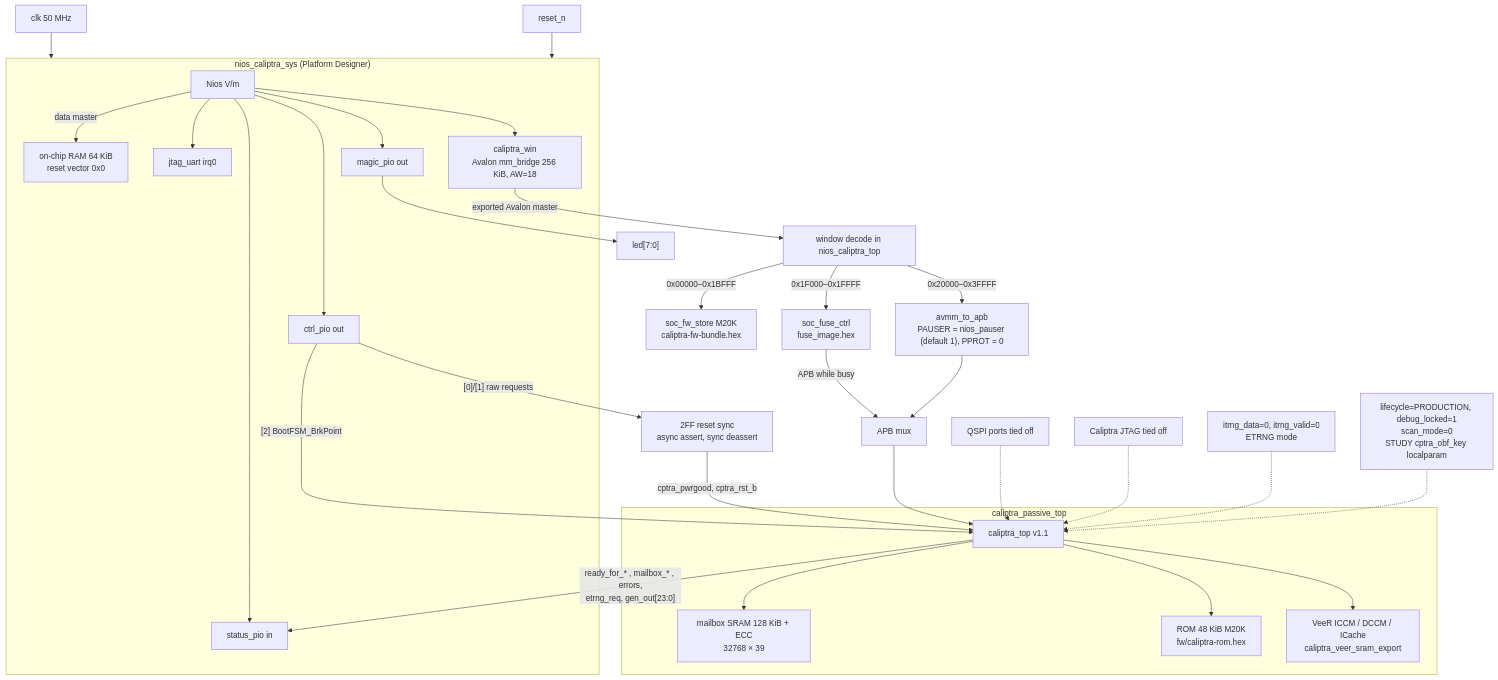
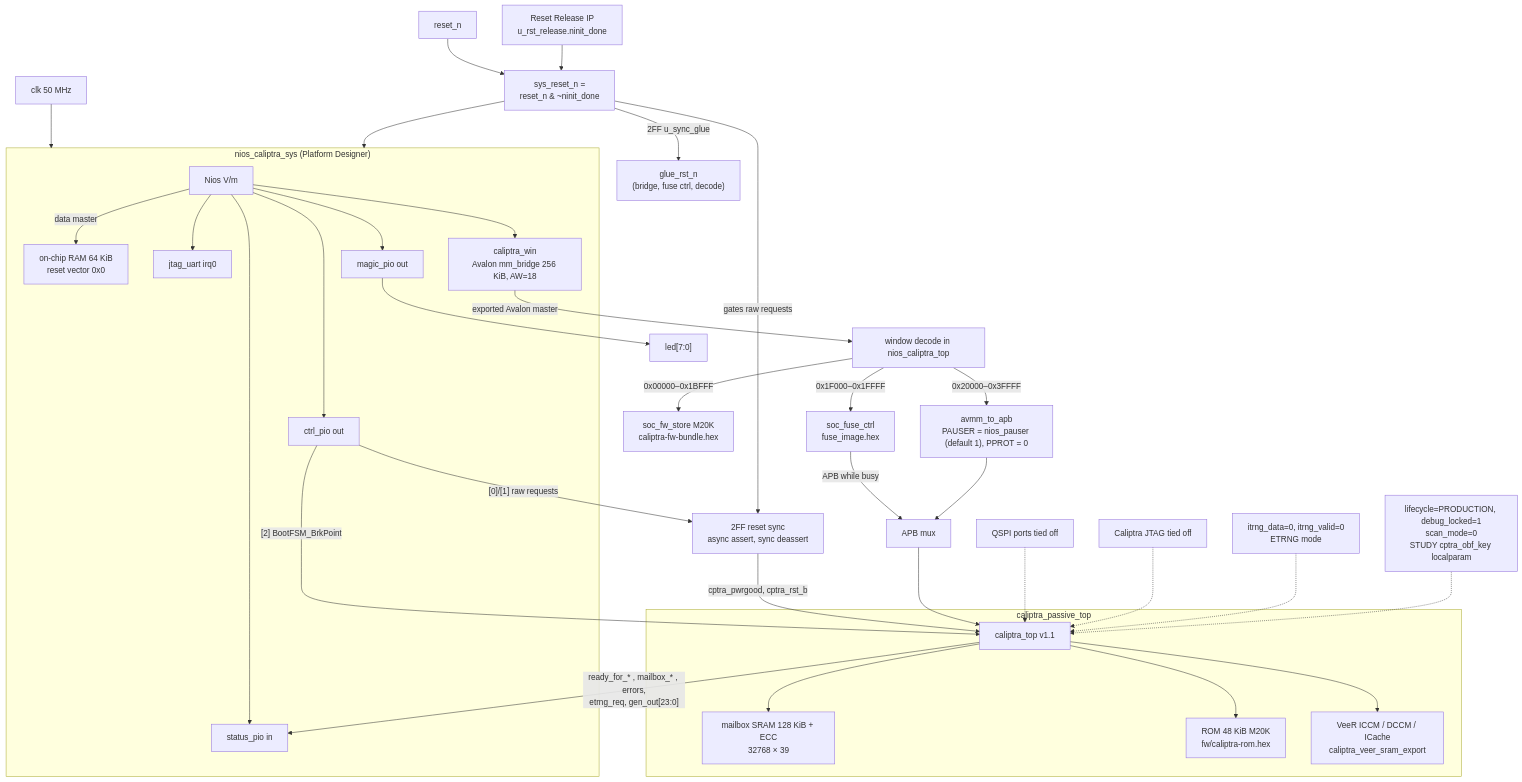
One commit to wlkong2828/caliptra-a5e-quartus changed the first of 2 diagrams in docs/NIOS_CALIPTRA_INTEGRATION.md. Above: the diagram before and after it, drawn with Mermaid. The commit also changed other lines of this file and 1 other file, not shown here.

Commit message:
WIP rev3 doc/README: M11 Reset Release IP, diagrams, sequence fix

````diff
--- a/docs/NIOS_CALIPTRA_INTEGRATION.md
+++ b/docs/NIOS_CALIPTRA_INTEGRATION.md
@@ -56,60 +56,66 @@
 ```mermaid
 flowchart TB
   clk["clk 50 MHz"]
   rstn["reset_n"]
+  rr["Reset Release IP<br/>u_rst_release.ninit_done"]
+  gate["sys_reset_n =<br/>reset_n & ~ninit_done"]
+  rstn --> gate
+  rr --> gate
   led["led[7:0]"]
 
   subgraph pd ["nios_caliptra_sys (Platform Designer)"]
     cpu["Nios V/m"]
     ram["on-chip RAM 64 KiB<br/>reset vector 0x0"]
     juart["jtag_uart irq0"]
     ctrl["ctrl_pio out"]
     stpio["status_pio in"]
     magic["magic_pio out"]
     win["caliptra_win<br/>Avalon mm_bridge 256 KiB, AW=18"]
     cpu -->|data master| ram
     cpu --> juart
     cpu --> ctrl
     cpu --> stpio
     cpu --> magic
     cpu --> win
   end
 
   clk --> pd
-  rstn --> pd
+  gate --> pd
+  gate -->|"2FF u_sync_glue"| glue["glue_rst_n<br/>(bridge, fuse ctrl, decode)"]
+  gate -->|"gates raw requests"| sync
   magic --> led
 
   win -->|"exported Avalon master"| dec["window decode in nios_caliptra_top"]
   dec -->|"0x00000–0x1BFFF"| fw["soc_fw_store M20K<br/>caliptra-fw-bundle.hex"]
   dec -->|"0x1F000–0x1FFFF"| fuse["soc_fuse_ctrl<br/>fuse_image.hex"]
   dec -->|"0x20000–0x3FFFF"| br["avmm_to_apb<br/>PAUSER = nios_pauser (default 1), PPROT = 0"]
 
   fuse -->|"APB while busy"| mux["APB mux"]
   br --> mux
 
   ctrl -->|"[0]/[1] raw requests"| sync["2FF reset sync<br/>async assert, sync deassert"]
   sync -->|"cptra_pwrgood, cptra_rst_b"| ctop
   ctrl -->|"[2] BootFSM_BrkPoint"| ctop
   mux --> ctop
 
   subgraph wrap ["caliptra_passive_top"]
     ctop["caliptra_top v1.1"]
     msram["mailbox SRAM 128 KiB + ECC<br/>32768 × 39"]
     rom["ROM 48 KiB M20K<br/>fw/caliptra-rom.hex"]
     veer["VeeR ICCM / DCCM / ICache<br/>caliptra_veer_sram_export"]
     ctop --> msram
     ctop --> rom
     ctop --> veer
   end
 
   ctop -->|"ready_for_* , mailbox_* , errors,<br/>etrng_req, gen_out[23:0]"| stpio
 
   qspi["QSPI ports tied off"]
   jtag["Caliptra JTAG tied off"]
   itrng["itrng_data=0, itrng_valid=0<br/>ETRNG mode"]
   straps["lifecycle=PRODUCTION, debug_locked=1<br/>scan_mode=0<br/>STUDY cptra_obf_key localparam"]
   qspi -.-> ctop
   jtag -.-> ctop
   itrng -.-> ctop
   straps -.-> ctop
 ```
````
